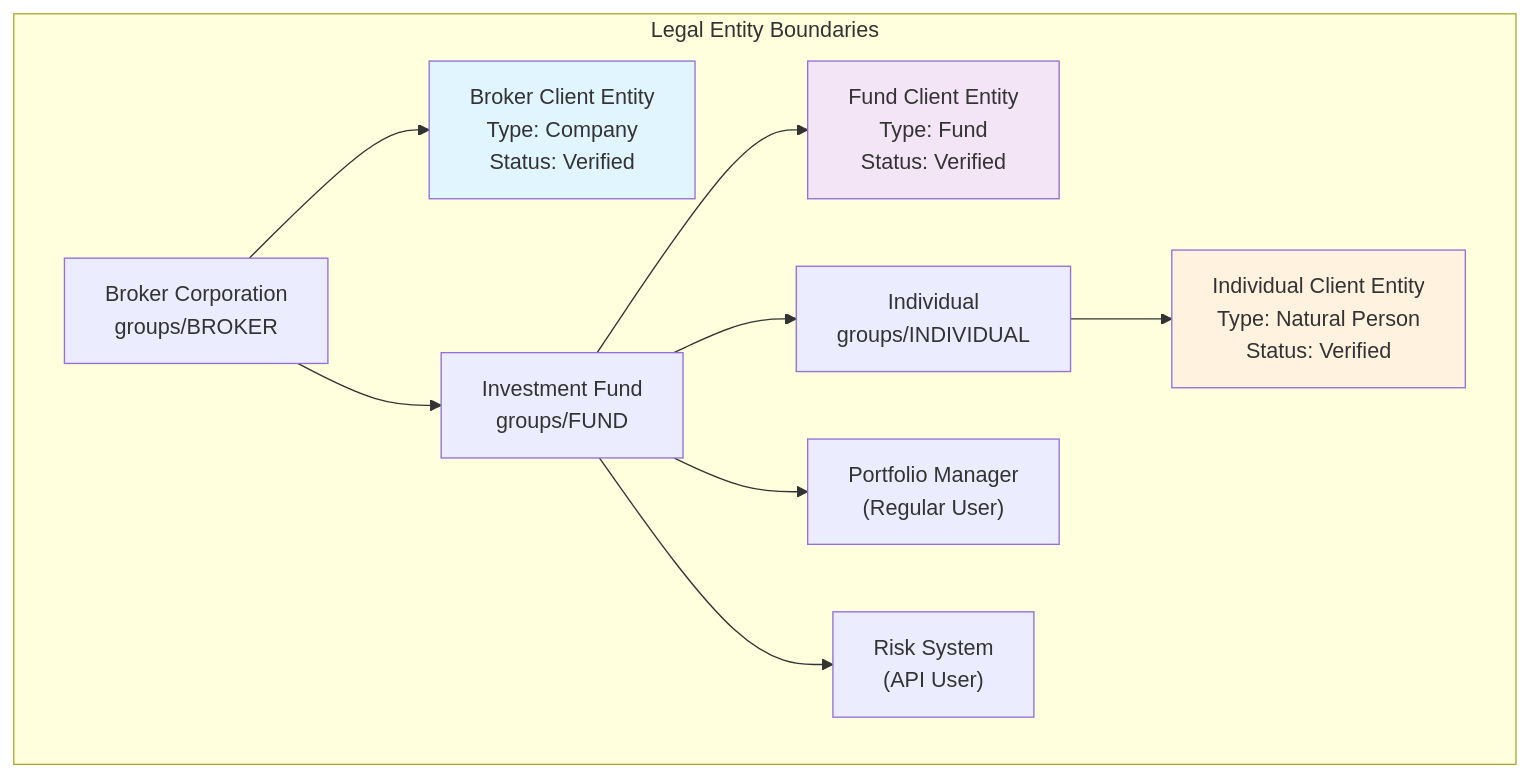
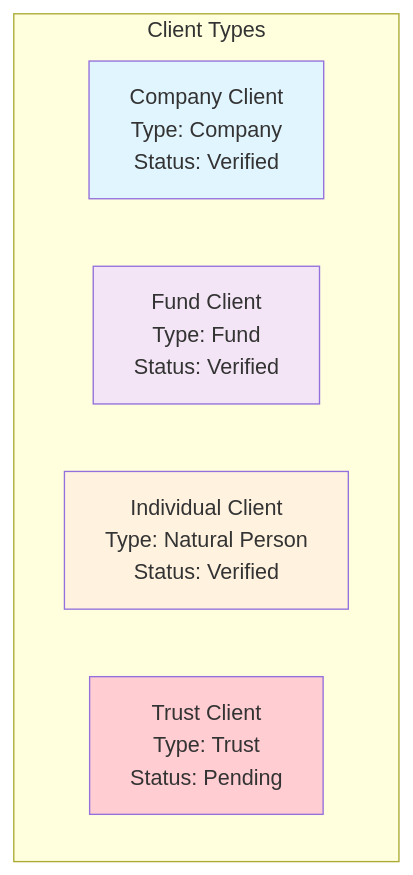
Before and after one commit to meshtrade/api: the fourth of 6 diagrams in docs/docs/access-control/index.mdx, drawn with Mermaid. The commit also changed other lines of this file, not shown here.

````diff
--- a/docs/docs/access-control/index.mdx
+++ b/docs/docs/access-control/index.mdx
@@ -210,25 +209,14 @@
 ```mermaid
 graph TD
-    subgraph "Legal Entity Boundaries"
-        Broker["Broker Corporation<br/>groups/BROKER"]
-        BrokerClient["Broker Client Entity<br/>Type: Company<br/>Status: Verified"]
-        Fund["Investment Fund<br/>groups/FUND"]
-        FundClient["Fund Client Entity<br/>Type: Fund<br/>Status: Verified"]
-        Individual["Individual<br/>groups/INDIVIDUAL"]
-        IndividualClient["Individual Client Entity<br/>Type: Natural Person<br/>Status: Verified"]
-        RegUser["Portfolio Manager<br/>(Regular User)"]
-        APIUser["Risk System<br/>(API User)"]
-
-        Broker --> BrokerClient
-        Broker --> Fund
-        Fund --> FundClient
-        Fund --> Individual
-        Individual --> IndividualClient
-        Fund --> RegUser
-        Fund --> APIUser
+    subgraph "Client Types"
+        Company["Company Client<br/>Type: Company<br/>Status: Verified"]
+        Fund["Fund Client<br/>Type: Fund<br/>Status: Verified"]
+        NaturalPerson["Individual Client<br/>Type: Natural Person<br/>Status: Verified"]
+        Trust["Trust Client<br/>Type: Trust<br/>Status: Pending"]
     end
 
-    style BrokerClient fill:#e1f5fe
-    style FundClient fill:#f3e5f5
-    style IndividualClient fill:#fff3e0
+    style Company fill:#e1f5fe
+    style Fund fill:#f3e5f5
+    style NaturalPerson fill:#fff3e0
+    style Trust fill:#ffcdd2
 ```
````
